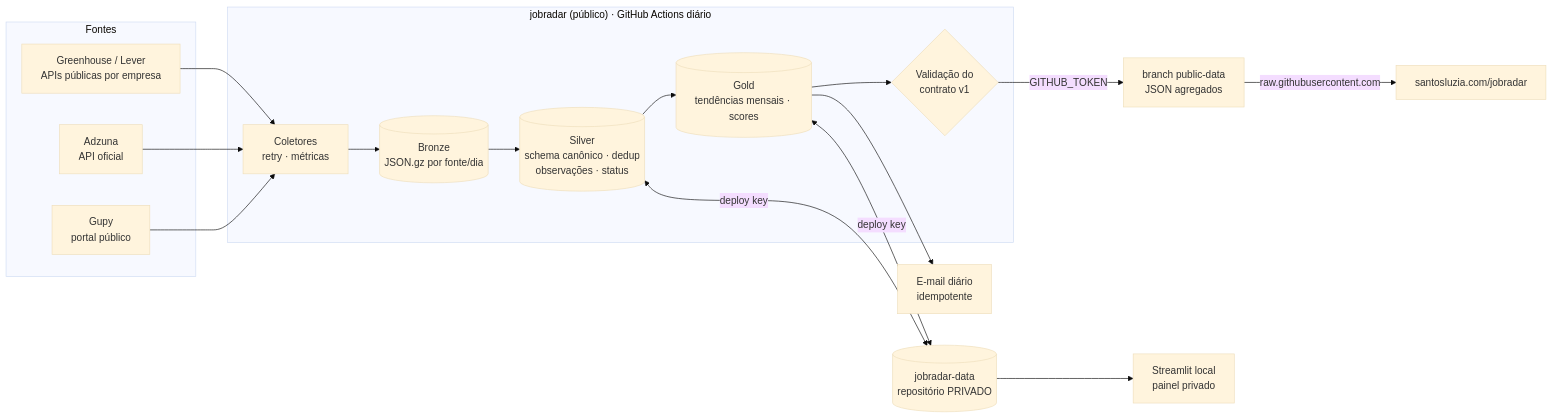
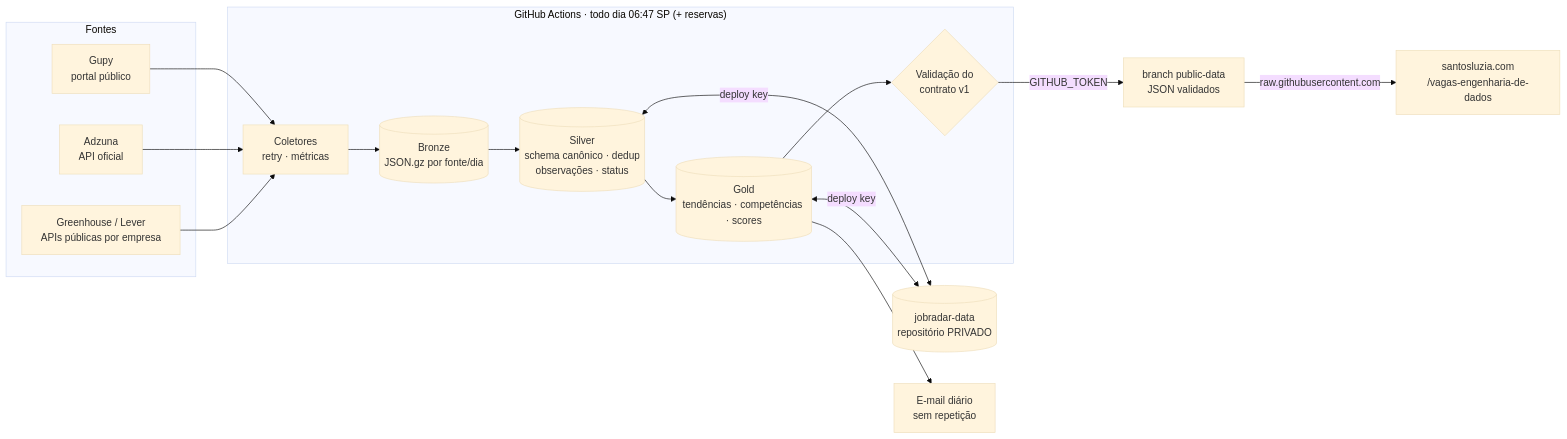
The diagram in README.md (santosluzia/JobRadar), drawn with Mermaid (base theme) before and after one commit. The commit also changed other lines of this file and 6 other files, not shown here.

First line of the commit message:
README, e-mail no visual do portfólio e execução diária com reservas

````diff
--- a/README.md
+++ b/README.md
@@ -21,20 +50,19 @@
 ```mermaid
 flowchart LR
   subgraph Fontes
     G[Gupy<br/>portal público]
     A[Adzuna<br/>API oficial]
     GH[Greenhouse / Lever<br/>APIs públicas por empresa]
   end
-  subgraph JobRadar["jobradar (público) · GitHub Actions diário"]
+  subgraph Actions["GitHub Actions · todo dia 06:47 SP (+ reservas)"]
     C[Coletores<br/>retry · métricas] --> B[(Bronze<br/>JSON.gz por fonte/dia)]
     B --> S[(Silver<br/>schema canônico · dedup<br/>observações · status)]
-    S --> GO[(Gold<br/>tendências mensais · scores)]
+    S --> GO[(Gold<br/>tendências · competências · scores)]
     GO --> V{Validação do<br/>contrato v1}
   end
   G & A & GH --> C
   S & GO <-->|deploy key| P[(jobradar-data<br/>repositório PRIVADO)]
-  V -->|GITHUB_TOKEN| PD[branch public-data<br/>JSON agregados]
-  GO --> E[E-mail diário<br/>idempotente]
-  PD -->|raw.githubusercontent.com| SITE[santosluzia.com/jobradar]
-  P --> ST[Streamlit local<br/>painel privado]
+  V -->|GITHUB_TOKEN| PD[branch public-data<br/>JSON validados]
+  GO --> E[E-mail diário<br/>sem repetição]
+  PD -->|raw.githubusercontent.com| SITE[santosluzia.com<br/>/vagas-engenharia-de-dados]
 ```
````
